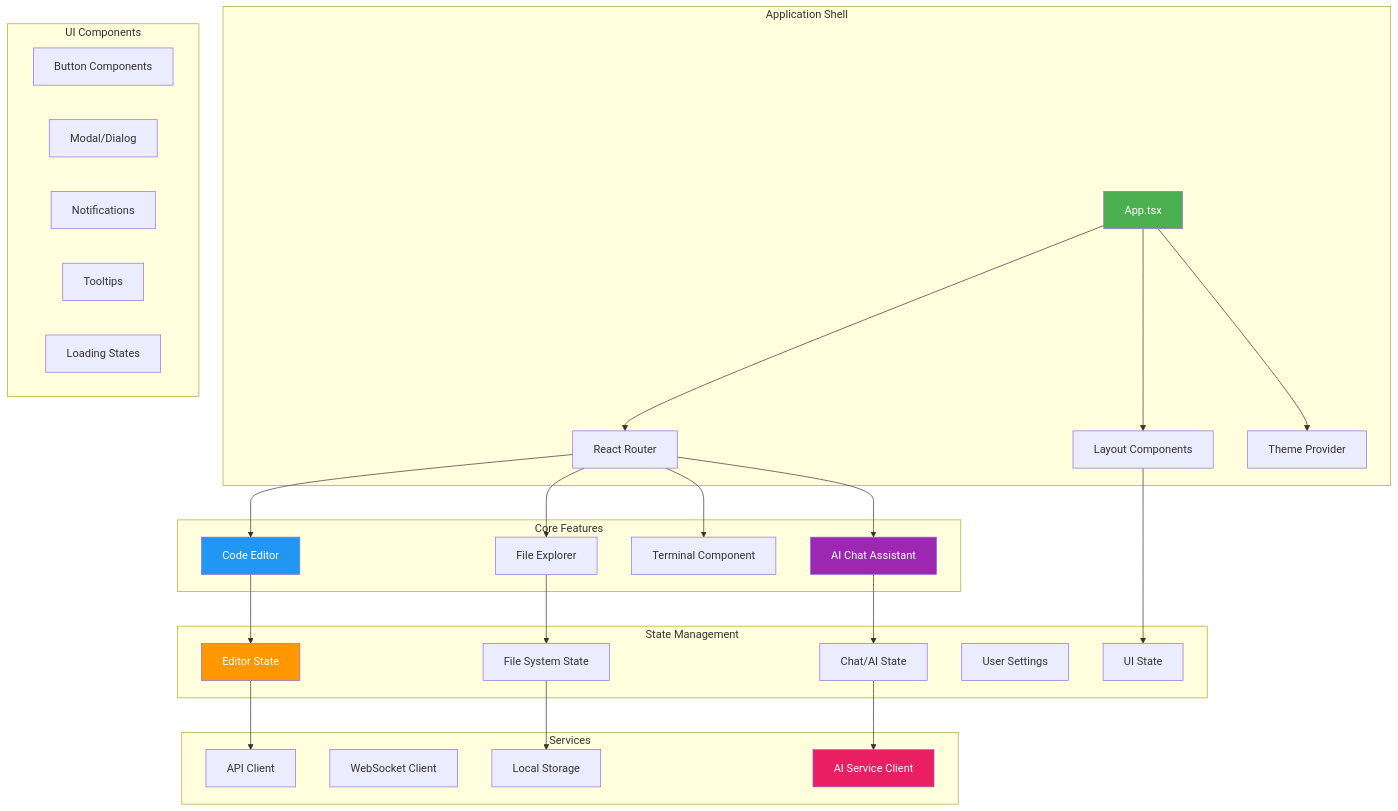
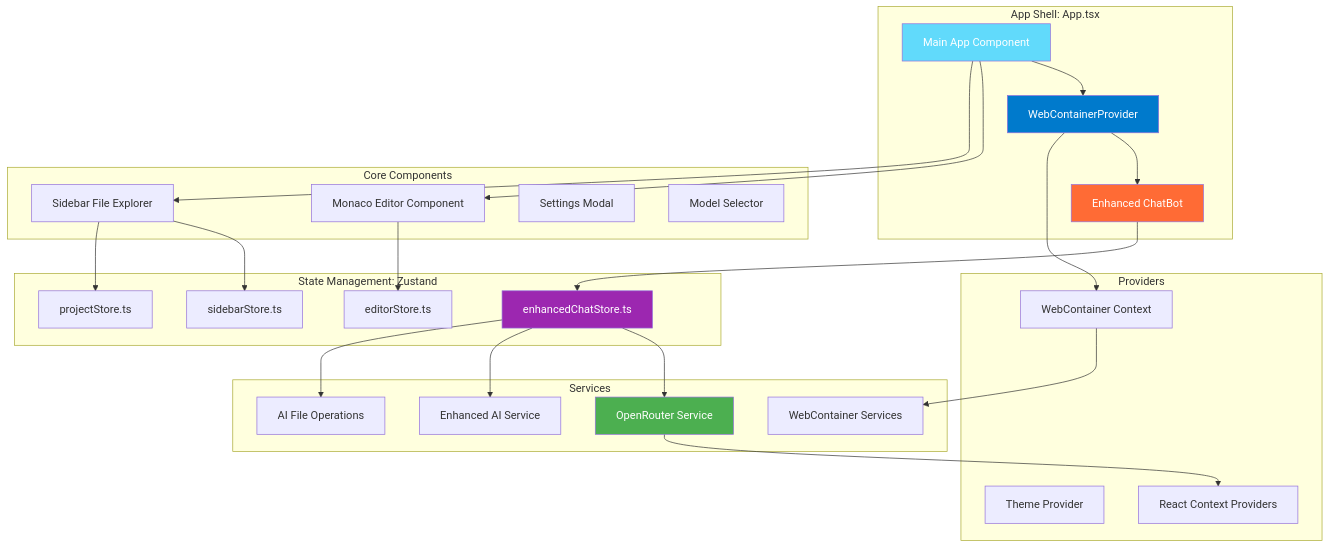
Before and after one commit to nishant-iith/autocode: the second of 12 diagrams in markdown-docs/03-system-architecture.md, drawn with Mermaid. The commit also changed other lines of this file and 5 other files, not shown here.

````diff
--- a/markdown-docs/03-system-architecture.md
+++ b/markdown-docs/03-system-architecture.md
@@ -92,62 +91,60 @@
 ```mermaid
 graph TD
-    subgraph "Application Shell"
-        App[App.tsx]
-        Router[React Router]
-        Layout[Layout Components]
-        Theme[Theme Provider]
+    subgraph "App Shell: App.tsx"
+        MainApp[Main App Component]
+        WebContainerProvider[WebContainerProvider]
+        EnhancedChatBot[Enhanced ChatBot]
     end
 
-    subgraph "Core Features"
-        Editor[Code Editor]
-        FileTree[File Explorer]
-        Terminal[Terminal Component]
-        ChatBot[AI Chat Assistant]
+    subgraph "Core Components"
+        Editor[Monaco Editor Component]
+        FileExplorer[Sidebar File Explorer]
+        SettingsModal[Settings Modal]
+        ModelSelector[Model Selector]
     end
 
-    subgraph "UI Components"
-        Button[Button Components]
-        Modal[Modal/Dialog]
-        Toast[Notifications]
-        Tooltip[Tooltips]
-        Loading[Loading States]
-    end
-
-    subgraph "State Management"
-        EditorStore[Editor State]
-        FileStore[File System State]
-        ChatStore[Chat/AI State]
-        UserStore[User Settings]
-        UIStore[UI State]
+    subgraph "State Management: Zustand"
+        EnhancedChatStore[enhancedChatStore.ts]
+        EditorStore[editorStore.ts]
+        ProjectStore[projectStore.ts]
+        SidebarStore[sidebarStore.ts]
     end
 
     subgraph "Services"
-        APIService[API Client]
-        WebSocketService[WebSocket Client]
-        StorageService[Local Storage]
-        AIService[AI Service Client]
+        OpenRouterService[OpenRouter Service]
+        EnhancedAIService[Enhanced AI Service]
+        AIFileOperations[AI File Operations]
+        WebContainerServices[WebContainer Services]
     end
 
-    App --> Router
-    App --> Layout
-    App --> Theme
-    Router --> Editor
-    Router --> FileTree
-    Router --> Terminal
-    Router --> ChatBot
+    subgraph "Providers"
+        WebContainerContext[WebContainer Context]
+        ThemeProvider[Theme Provider]
+        ReactProvider[React Context Providers]
+    end
 
+    MainApp --> WebContainerProvider
+    WebContainerProvider --> EnhancedChatBot
+    MainApp --> Editor
+    MainApp --> FileExplorer
+
+    EnhancedChatBot --> EnhancedChatStore
     Editor --> EditorStore
-    FileTree --> FileStore
-    ChatBot --> ChatStore
-    Layout --> UIStore
+    FileExplorer --> SidebarStore
+    FileExplorer --> ProjectStore
 
-    EditorStore --> APIService
-    ChatStore --> AIService
-    FileStore --> StorageService
+    EnhancedChatStore --> OpenRouterService
+    EnhancedChatStore --> EnhancedAIService
+    EnhancedChatStore --> AIFileOperations
 
-    style App fill:#4CAF50,color:#fff
-    style Editor fill:#2196F3,color:#fff
-    style ChatBot fill:#9C27B0,color:#fff
-    style EditorStore fill:#FF9800,color:#fff
-    style AIService fill:#E91E63,color:#fff
+    WebContainerProvider --> WebContainerContext
+    WebContainerContext --> WebContainerServices
+
+    OpenRouterService --> ReactProvider
+
+    style MainApp fill:#61DAFB,color:#fff
+    style WebContainerProvider fill:#007ACC,color:#fff
+    style EnhancedChatBot fill:#FF6B35,color:#fff
+    style EnhancedChatStore fill:#9C27B0,color:#fff
+    style OpenRouterService fill:#4CAF50,color:#fff
 ```
````
